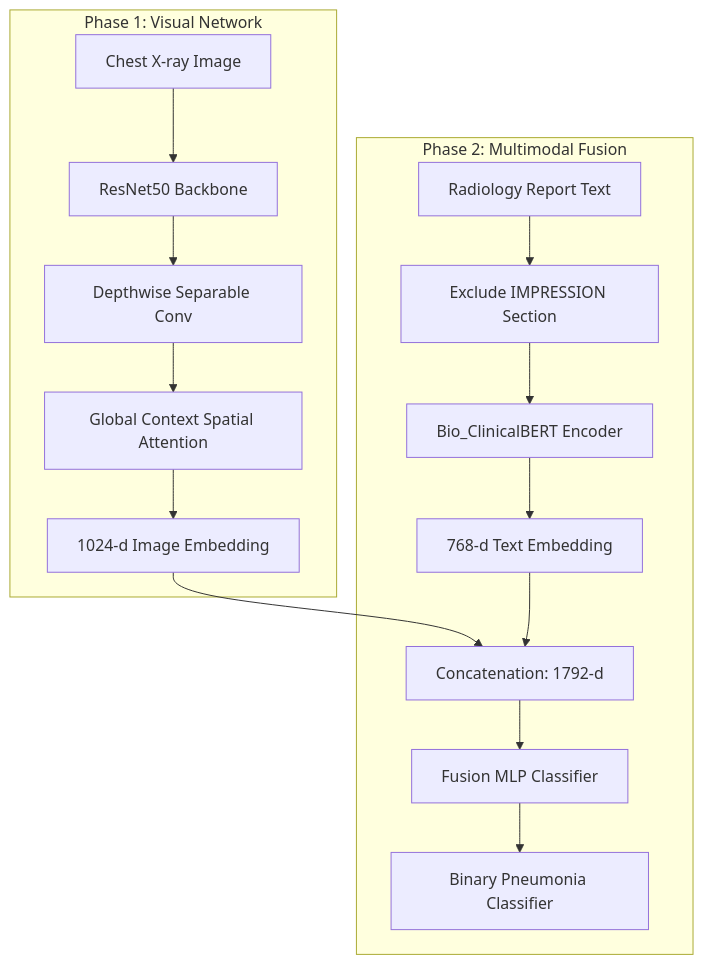
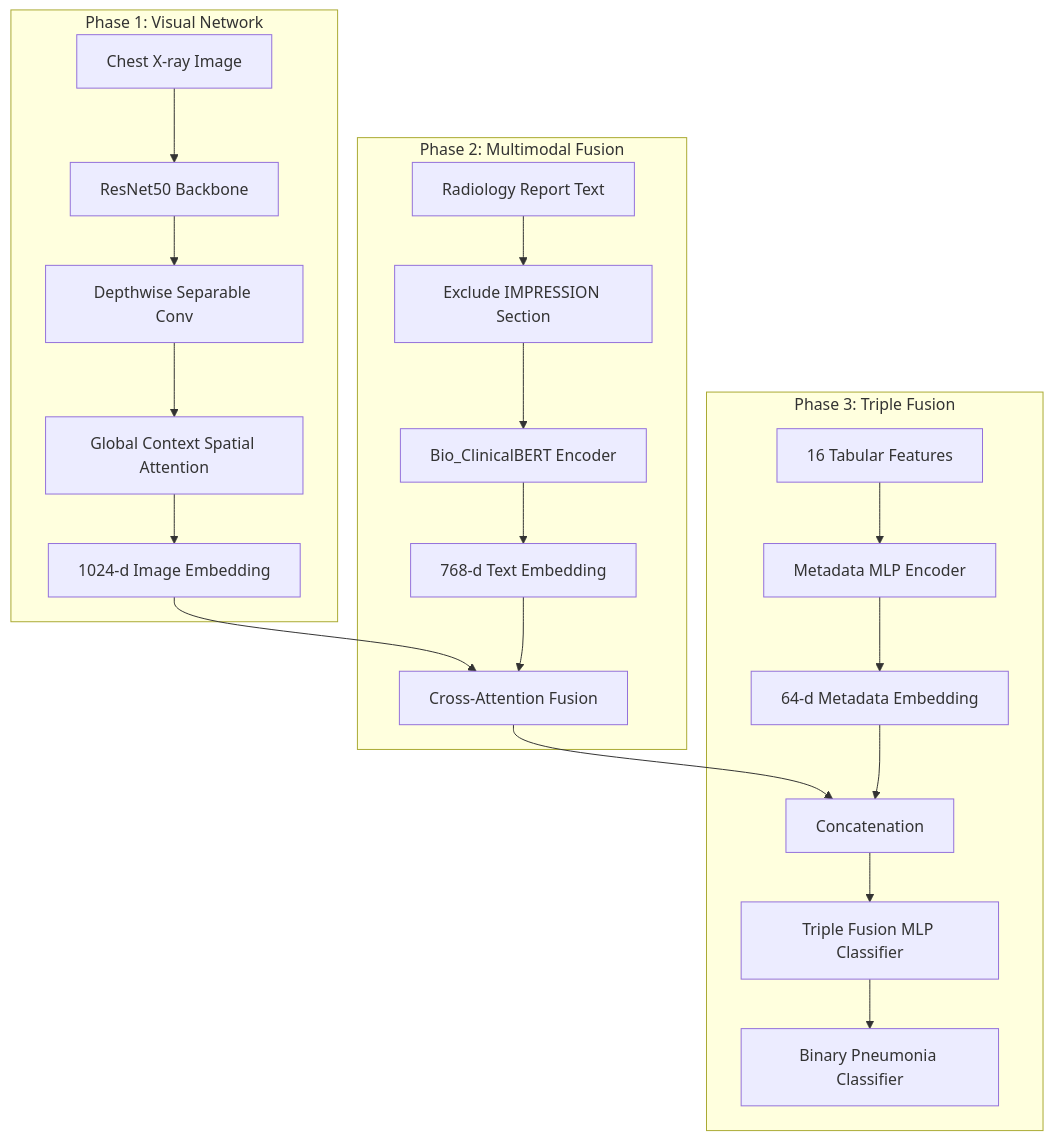
The diagram in README.md (Ashutosh-yadav0001/PneumoFusionNet), drawn with Mermaid before and after one commit. The commit also changed other lines of this file and 2 other files, not shown here.

Commit message:
feat(multimodal): add Phase 3 Triple Fusion notebook and update READMEs
- Add `Phase-3-triple_fusion_PA.ipynb` notebook implementing triple fusion (Image + Text + 16 Clinical Metadata features)
- Update main repository README.md and notebooks index README.md with Phase 3 architecture details and updated pipeline descriptions

````diff
--- a/README.md
+++ b/README.md
@@ -29,18 +29,24 @@
 ```mermaid
 graph TD
     subgraph Phase 1: Visual Network
         Img[Chest X-ray Image] --> ResNet[ResNet50 Backbone]
         ResNet --> DSC[Depthwise Separable Conv]
         DSC --> GCSA[Global Context Spatial Attention]
         GCSA --> ImgEmb[1024-d Image Embedding]
     end
 
     subgraph Phase 2: Multimodal Fusion
         Report[Radiology Report Text] --> Clean[Exclude IMPRESSION Section]
         Clean --> BERT[Bio_ClinicalBERT Encoder]
         BERT --> TextEmb[768-d Text Embedding]
-        ImgEmb & TextEmb --> Concat[Concatenation: 1792-d]
-        Concat --> MLP[Fusion MLP Classifier]
-        MLP --> Out[Binary Pneumonia Classifier]
+        ImgEmb & TextEmb --> CrossAttention[Cross-Attention Fusion]
+    end
+
+    subgraph Phase 3: Triple Fusion
+        Metadata[16 Tabular Features] --> MetaMLP[Metadata MLP Encoder]
+        MetaMLP --> MetaEmb[64-d Metadata Embedding]
+        CrossAttention & MetaEmb --> Concat[Concatenation]
+        Concat --> FinalMLP[Triple Fusion MLP Classifier]
+        FinalMLP --> Out[Binary Pneumonia Classifier]
     end
 ```
````
